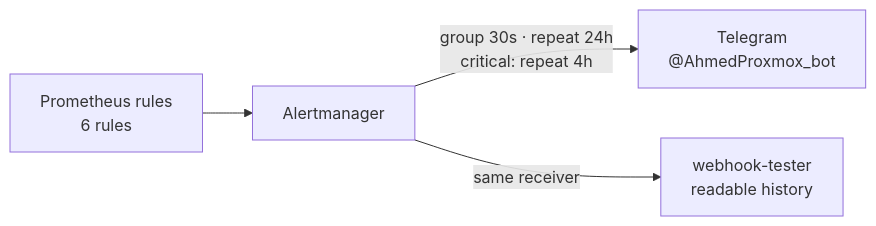
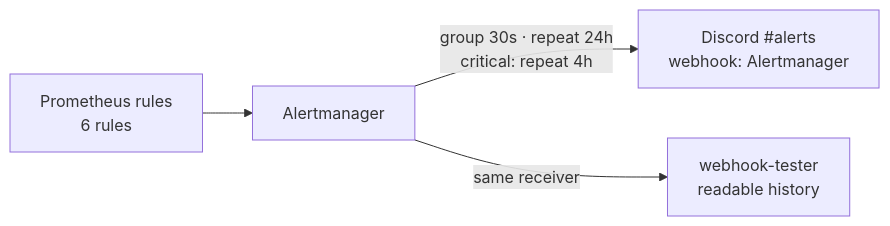
The second of 2 diagrams in docs/monitoring.md (ahmedbaig/Proxmox), drawn with Mermaid before and after one commit. The commit also changed other lines of this file and 20 other files, not shown here.

Commit message:
Replace Yamtrack with Scrob, Alertmanager to Discord, doc updates

````diff
--- a/docs/monitoring.md
+++ b/docs/monitoring.md
@@ -136,6 +136,6 @@
 ```mermaid
 graph LR
     RULES["Prometheus rules<br/>6 rules"] --> AM["Alertmanager"]
-    AM -->|"group 30s · repeat 24h<br/>critical: repeat 4h"| TG["Telegram<br/>@AhmedProxmox_bot"]
+    AM -->|"group 30s · repeat 24h<br/>critical: repeat 4h"| DC["Discord #alerts<br/>webhook: Alertmanager"]
     AM -->|"same receiver"| WH["webhook-tester<br/>readable history"]
 ```
````
